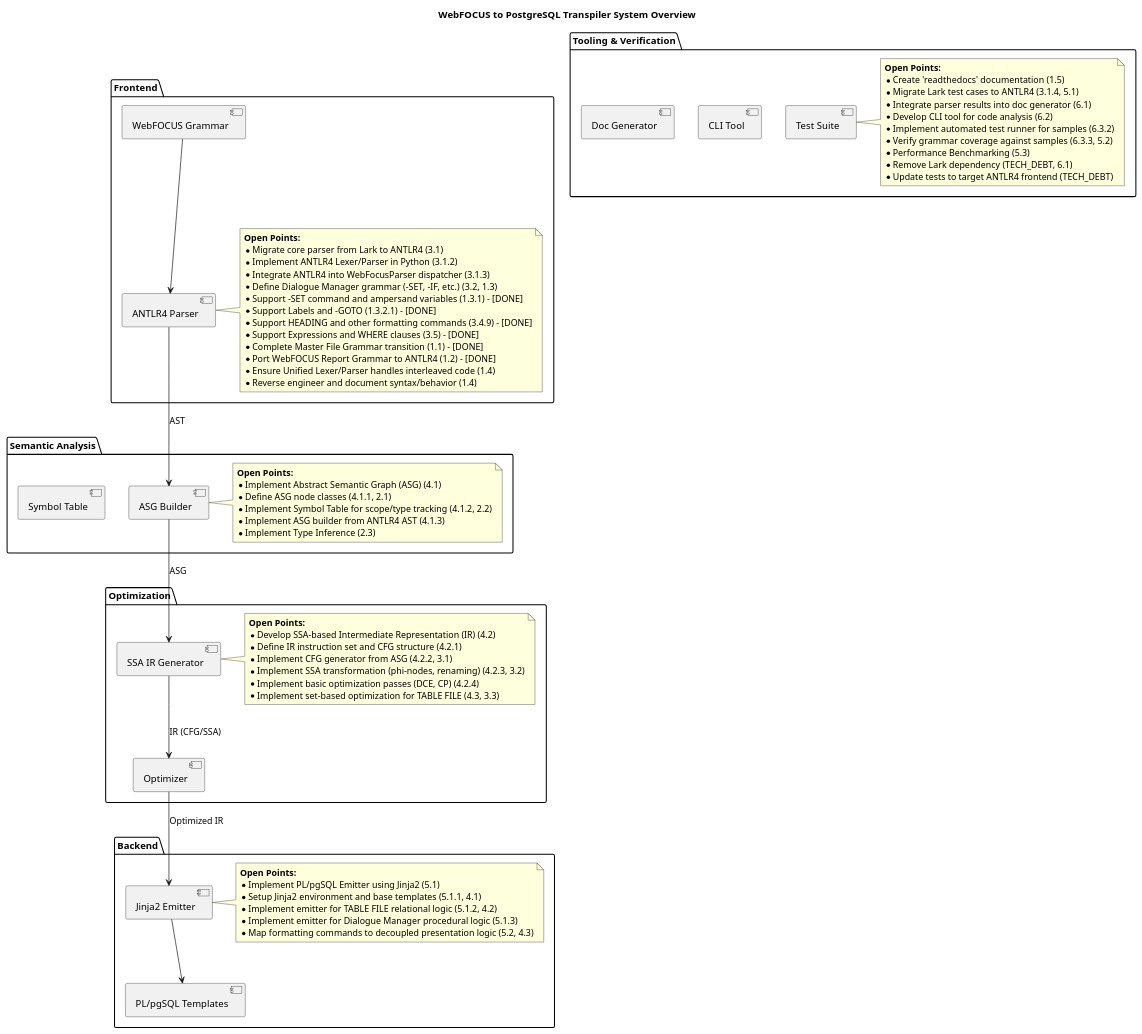
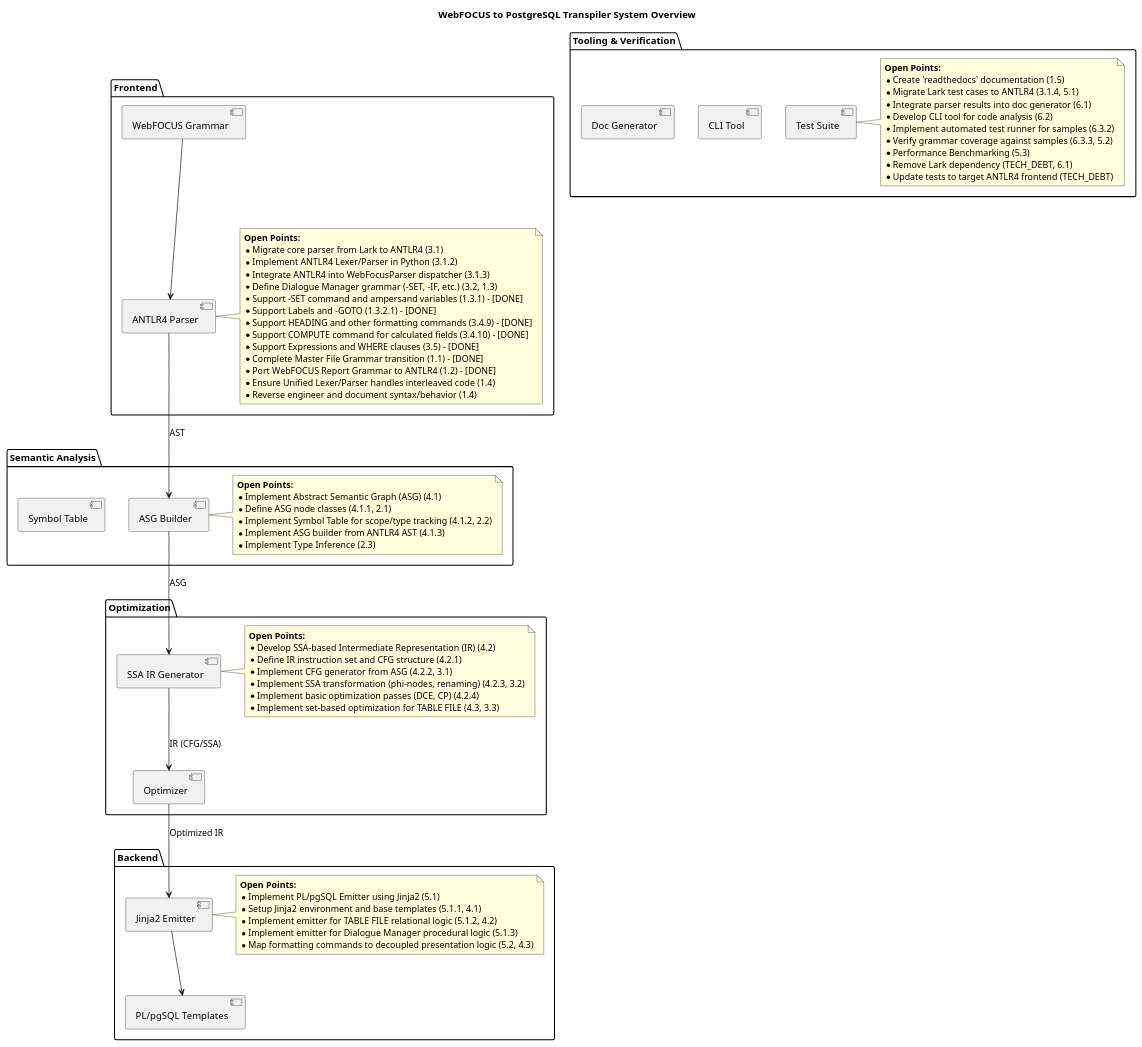
The diagram in SYSTEM_OVERVIEW.plantuml (chatelao/web-focus-benf), drawn with PlantUML before and after one commit. The commit also changed 13 other files, not shown here.

```diff
--- a/SYSTEM_OVERVIEW.plantuml
+++ b/SYSTEM_OVERVIEW.plantuml
@@ -1,91 +1,92 @@
 @startuml
 skinparam componentStyle uml2
 
 title WebFOCUS to PostgreSQL Transpiler System Overview
 
 package "Frontend" {
     [ANTLR4 Parser] as Parser
     [WebFOCUS Grammar] as Grammar
     note right of Parser
         **Open Points:**
         * Migrate core parser from Lark to ANTLR4 (3.1)
         * Implement ANTLR4 Lexer/Parser in Python (3.1.2)
         * Integrate ANTLR4 into WebFocusParser dispatcher (3.1.3)
         * Define Dialogue Manager grammar (-SET, -IF, etc.) (3.2, 1.3)
         * Support -SET command and ampersand variables (1.3.1) - [DONE]
         * Support Labels and -GOTO (1.3.2.1) - [DONE]
         * Support HEADING and other formatting commands (3.4.9) - [DONE]
+        * Support COMPUTE command for calculated fields (3.4.10) - [DONE]
         * Support Expressions and WHERE clauses (3.5) - [DONE]
         * Complete Master File Grammar transition (1.1) - [DONE]
         * Port WebFOCUS Report Grammar to ANTLR4 (1.2) - [DONE]
         * Ensure Unified Lexer/Parser handles interleaved code (1.4)
         * Reverse engineer and document syntax/behavior (1.4)
     end note
 }
 
 package "Semantic Analysis" {
     [ASG Builder] as ASGBuilder
     [Symbol Table] as SymbolTable
     note right of ASGBuilder
         **Open Points:**
         * Implement Abstract Semantic Graph (ASG) (4.1)
         * Define ASG node classes (4.1.1, 2.1)
         * Implement Symbol Table for scope/type tracking (4.1.2, 2.2)
         * Implement ASG builder from ANTLR4 AST (4.1.3)
         * Implement Type Inference (2.3)
     end note
 }
 
 package "Optimization" {
     [SSA IR Generator] as IRGen
     [Optimizer] as Optimizer
     note right of IRGen
         **Open Points:**
         * Develop SSA-based Intermediate Representation (IR) (4.2)
         * Define IR instruction set and CFG structure (4.2.1)
         * Implement CFG generator from ASG (4.2.2, 3.1)
         * Implement SSA transformation (phi-nodes, renaming) (4.2.3, 3.2)
         * Implement basic optimization passes (DCE, CP) (4.2.4)
         * Implement set-based optimization for TABLE FILE (4.3, 3.3)
     end note
 }
 
 package "Backend" {
     [Jinja2 Emitter] as Emitter
     [PL/pgSQL Templates] as Templates
     note right of Emitter
         **Open Points:**
         * Implement PL/pgSQL Emitter using Jinja2 (5.1)
         * Setup Jinja2 environment and base templates (5.1.1, 4.1)
         * Implement emitter for TABLE FILE relational logic (5.1.2, 4.2)
         * Implement emitter for Dialogue Manager procedural logic (5.1.3)
         * Map formatting commands to decoupled presentation logic (5.2, 4.3)
     end note
 }
 
 package "Tooling & Verification" {
     [CLI Tool] as CLI
     [Test Suite] as Tests
     [Doc Generator] as DocGen
     note right of Tests
         **Open Points:**
         * Create 'readthedocs' documentation (1.5)
         * Migrate Lark test cases to ANTLR4 (3.1.4, 5.1)
         * Integrate parser results into doc generator (6.1)
         * Develop CLI tool for code analysis (6.2)
         * Implement automated test runner for samples (6.3.2)
         * Verify grammar coverage against samples (6.3.3, 5.2)
         * Performance Benchmarking (5.3)
         * Remove Lark dependency (TECH_DEBT, 6.1)
         * Update tests to target ANTLR4 frontend (TECH_DEBT)
     end note
 }
 
 Grammar --> Parser
 Parser --> ASGBuilder : AST
 ASGBuilder --> IRGen : ASG
 IRGen --> Optimizer : IR (CFG/SSA)
 Optimizer --> Emitter : Optimized IR
 Emitter --> Templates
 
 @enduml
```
